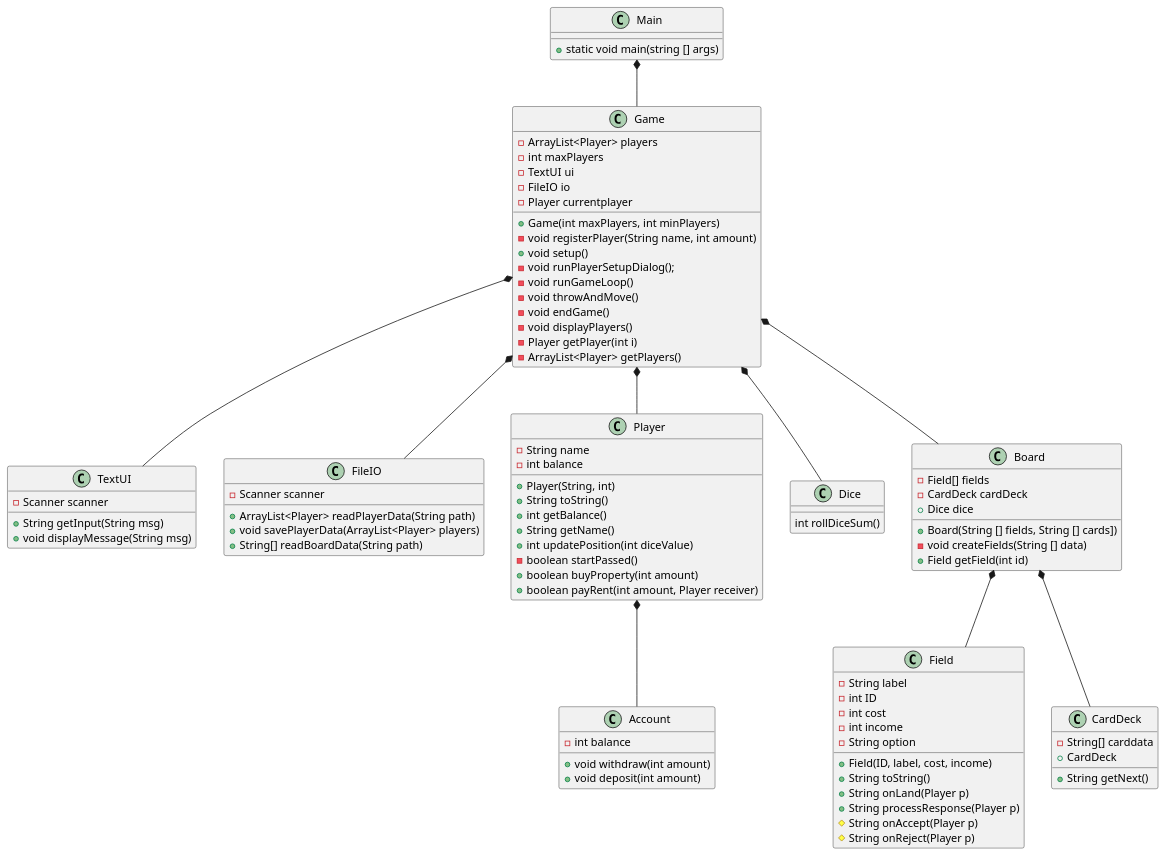
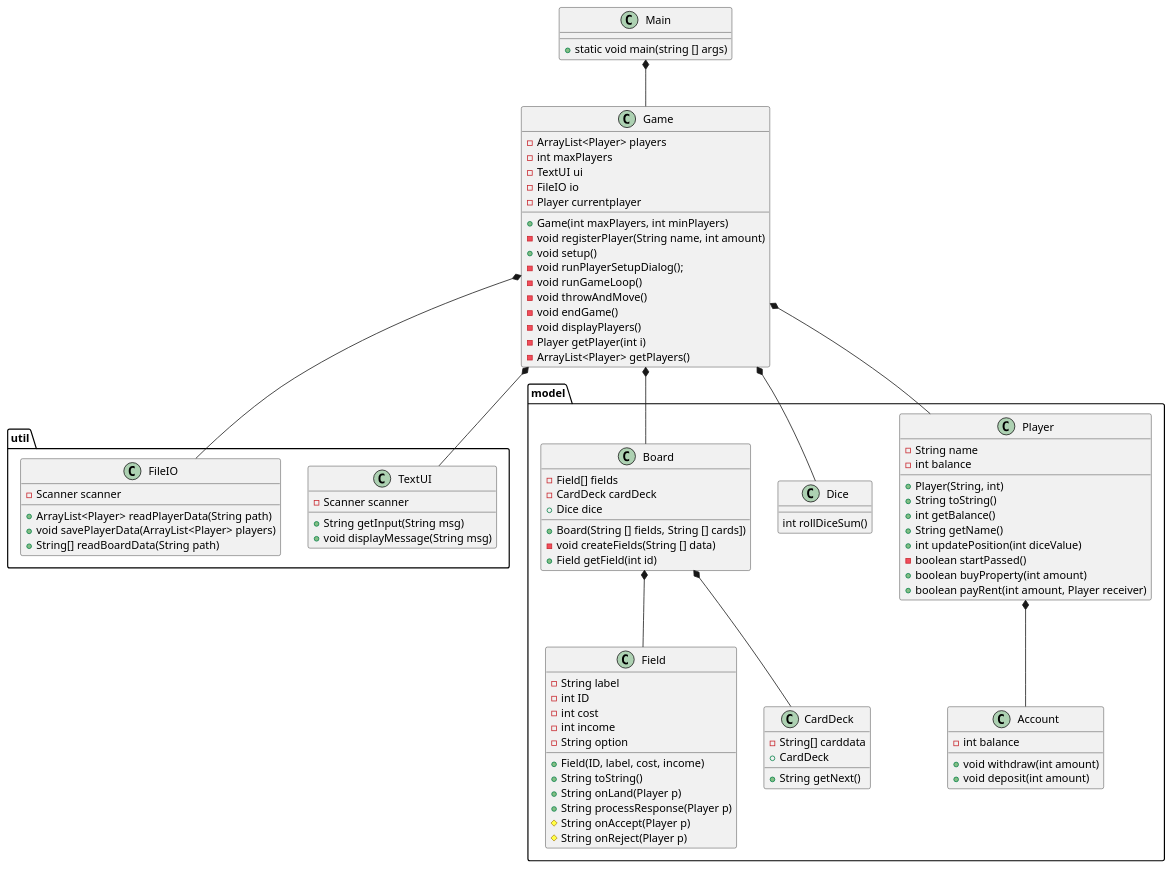
The diagram in doc/classdiagram_4.puml (tessG/Monopoly24), drawn with PlantUML before and after one commit. The commit also changed 2 other files, not shown here.

```diff
--- a/doc/classdiagram_4.puml
+++ b/doc/classdiagram_4.puml
@@ -1,105 +1,105 @@
 @startuml
 'Domænemodellen giver nye entity klasser
 'Pakker, model og util
 
 
 class Main
 class Game
-'package "util"{
+package "util"{
     class TextUI
     class FileIO
-'}
+}
 
-'package "model"{
+package "model"{
     class Player
     class Field
       class Dice
       class Account
       class CardDeck
       class Board
-'}
+}
 
 Main *-- Game
 Game *-- TextUI
 Game *-- FileIO
 Game *-- Player
 Player *-- Account
 Game *--Board
 Game *-- Dice
 Board *-- Field
 Board *-- CardDeck
 
 
 
 Main : + static void main(string [] args)
 
 Player  : - String name
 Player  : - int balance
 Player  : + Player(String, int)
 Player  : + String toString()
 Player  : + int getBalance()
 Player : + String getName()
 
 '-----------new:
 Player  : +int updatePosition(int diceValue)
 Player : -boolean startPassed()
 Player : + boolean buyProperty(int amount)
 Player : + boolean payRent(int amount, Player receiver)
 
 Account :  - int balance
 Account  : + void withdraw(int amount)
 Account  : + void deposit(int amount)
 
 
 Game : - ArrayList<Player> players
 Game : - int maxPlayers
 Game : - TextUI ui
 Game : - FileIO io
 Game : - Player currentplayer
 Game : + Game(int maxPlayers, int minPlayers)
 Game : - void registerPlayer(String name, int amount)
 Game : + void setup()
 Game : - void runPlayerSetupDialog();
 Game : - void runGameLoop()
 Game : - void throwAndMove()
 Game : - void endGame()
 Game : - void displayPlayers()
 Game : - Player getPlayer(int i)
 Game : - ArrayList<Player> getPlayers()
 
 TextUI : + String getInput(String msg)
 TextUI : - Scanner scanner
 TextUI : + void displayMessage(String msg)
 
 
 FileIO : - Scanner scanner
 FileIO : + ArrayList<Player> readPlayerData(String path)
 FileIO : + void savePlayerData(ArrayList<Player> players)
 FileIO : + String[] readBoardData(String path)
 
 Field : - String label
 Field : - int ID
 Field : - int cost
 Field : - int income
 Field : - String option
 Field : + Field(ID, label, cost, income)
 Field : + String toString()
 Field : + String onLand(Player p)
 Field : + String processResponse(Player p)
 Field : # String onAccept(Player p)
 Field : # String onReject(Player p)
 
 
 Board : - Field[] fields
 Board : - CardDeck cardDeck
 Board : + Dice dice
 Board : + Board(String [] fields, String [] cards])
 Board : - void createFields(String [] data)
 Board : + Field getField(int id)
 
 CardDeck : - String[] carddata
 CardDeck : + CardDeck
 CardDeck : + String getNext()
 
 Dice : int rollDiceSum()
 @enduml
```
